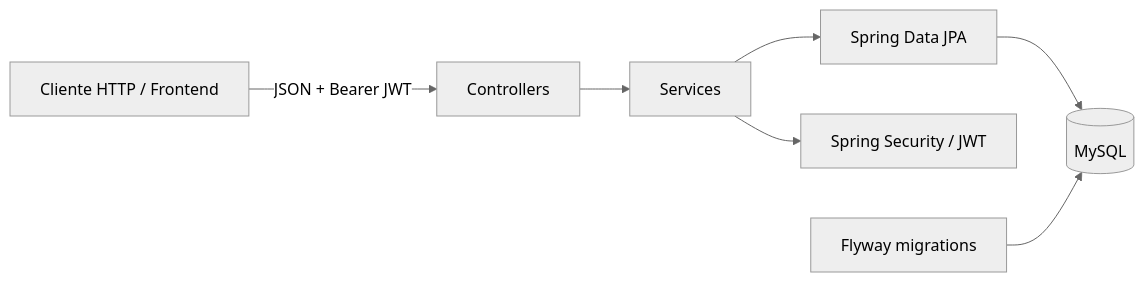
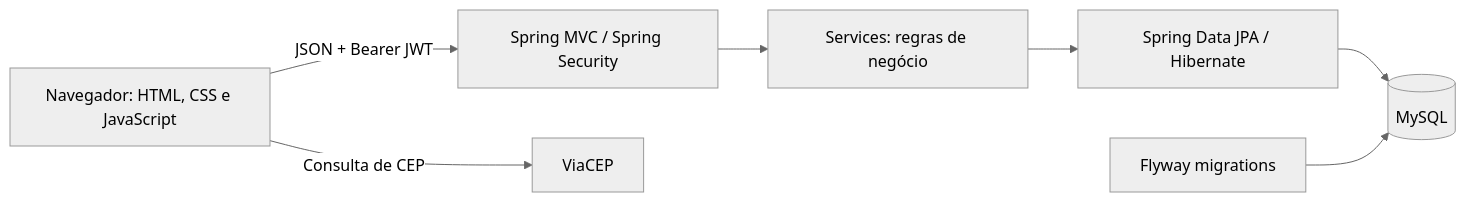
The first of 2 diagrams in README.md (matheus-vsm/SistemaSalgadosDaLucia), drawn with Mermaid (neutral theme) before and after one commit. The commit also changed other lines of this file, not shown here.

````diff
--- a/README.md
+++ b/README.md
@@ -33,9 +64,9 @@
 ```mermaid
 flowchart LR
-    Client["Cliente HTTP / Frontend"] -->|"JSON + Bearer JWT"| Controller["Controllers"]
-    Controller --> Service["Services"]
-    Service --> Repository["Spring Data JPA"]
+    Browser["Navegador: HTML, CSS e JavaScript"] -->|"JSON + Bearer JWT"| API["Spring MVC / Spring Security"]
+    API --> Service["Services: regras de negócio"]
+    Service --> Repository["Spring Data JPA / Hibernate"]
     Repository --> Database[("MySQL")]
-    Service --> Security["Spring Security / JWT"]
     Flyway["Flyway migrations"] --> Database
+    Browser -->|"Consulta de CEP"| ViaCEP["ViaCEP"]
 ```
````
